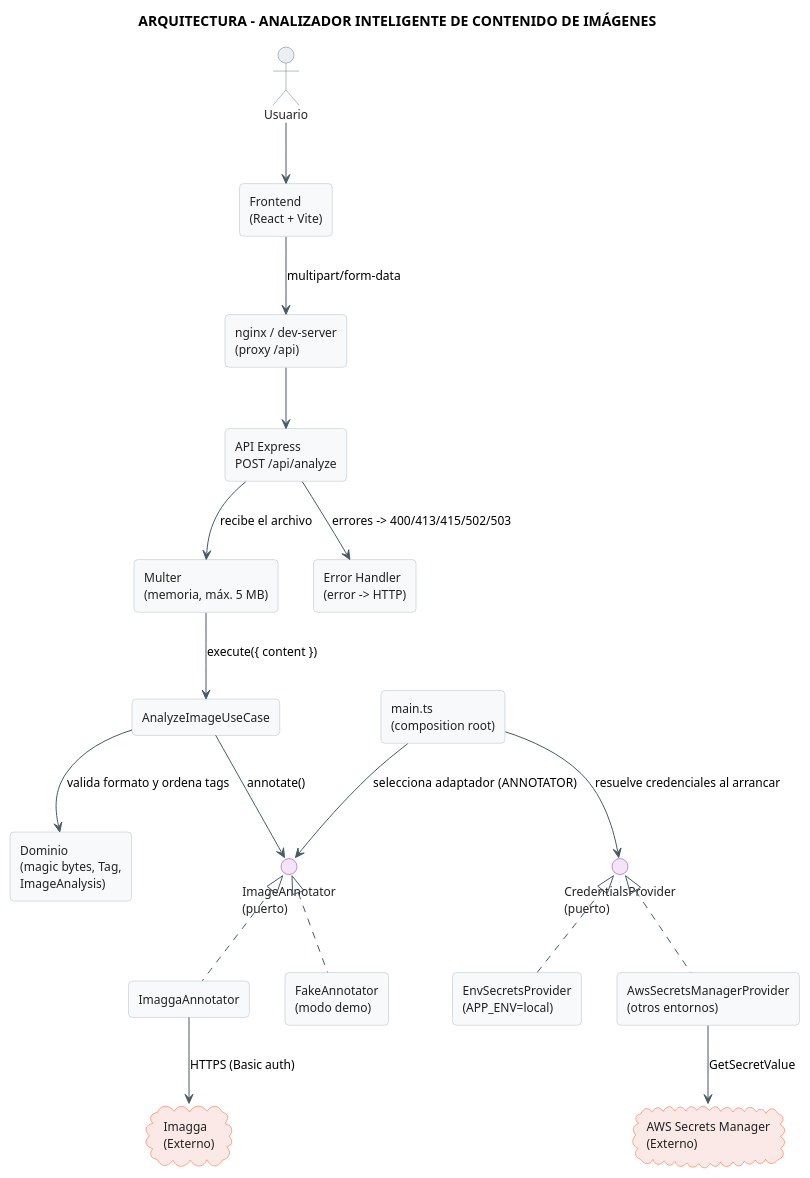
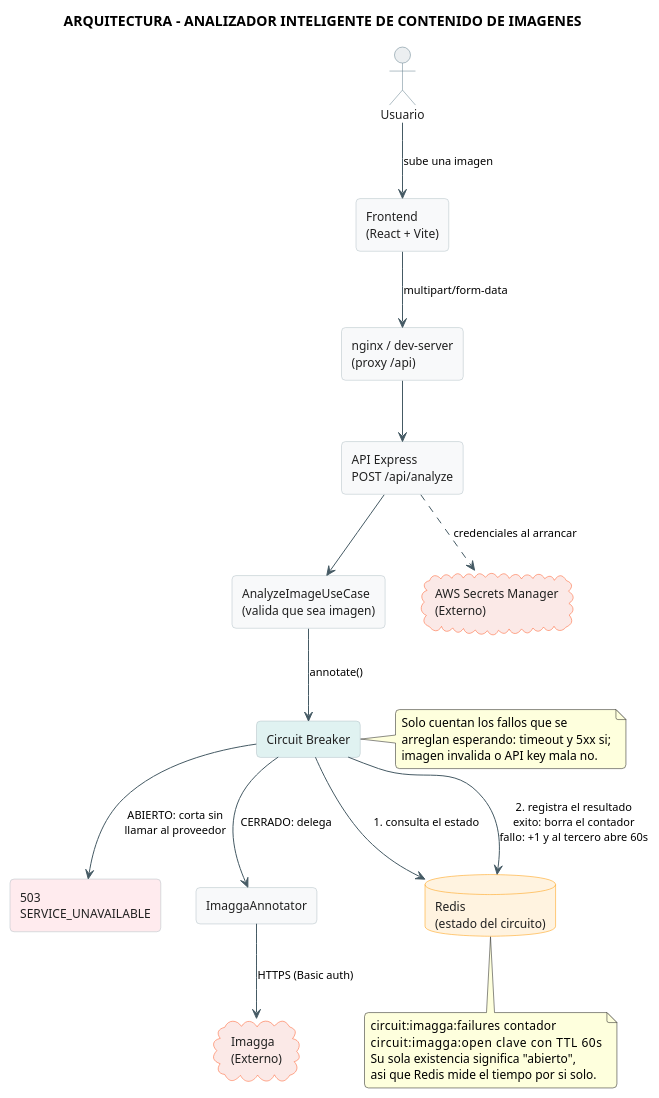
The diagram in docs/arquitectura.puml (victorBravo123/service-image-analyzer), drawn with PlantUML before and after one commit. The commit also changed 37 other files, not shown here.

```diff
--- a/docs/arquitectura.puml
+++ b/docs/arquitectura.puml
@@ -1,89 +1,77 @@
 @startuml arquitectura-analizador-imagenes
-title ARQUITECTURA - ANALIZADOR INTELIGENTE DE CONTENIDO DE IMÁGENES
+title ARQUITECTURA - ANALIZADOR INTELIGENTE DE CONTENIDO DE IMAGENES
 
-' Styling settings
 skinparam BackgroundColor #FFFFFF
 skinparam ArrowColor #455A64
 skinparam RoundCorner 8
 skinparam DefaultFontName "Segoe UI"
 skinparam DefaultFontSize 12
+skinparam ArrowFontSize 11
+skinparam Shadowing false
 
-' Color palette for nodes
 skinparam rectangle {
     BackgroundColor #F8F9FA
     BorderColor #B0BEC5
     FontColor #212121
 }
 
-skinparam interface {
-    BackgroundColor #F3E5F5
-    BorderColor #8E24AA
+skinparam database {
+    BackgroundColor #FFF3E0
+    BorderColor #FF9800
     FontColor #212121
 }
 
 skinparam cloud {
     BackgroundColor #FBE9E7
     BorderColor #FF5722
     FontColor #212121
 }
 
 skinparam actor {
     BackgroundColor #ECEFF1
     BorderColor #607D8B
     FontColor #212121
 }
 
-' Definition of nodes
-actor "Usuario" as actor_usuario
+actor "Usuario" as usuario
 
-' Frontend
 rectangle "Frontend\n(React + Vite)" as frontend
 rectangle "nginx / dev-server\n(proxy /api)" as proxy
+rectangle "API Express\nPOST /api/analyze" as api
+rectangle "AnalyzeImageUseCase\n(valida que sea imagen)" as use_case
+rectangle "Circuit Breaker" as breaker #E0F2F1
+rectangle "503\nSERVICE_UNAVAILABLE" as rechazo #FFEBEE
+rectangle "ImaggaAnnotator" as imagga
 
-' Backend - entrada HTTP
-rectangle "API Express\nPOST /api/analyze" as api
-rectangle "Multer\n(memoria, máx. 5 MB)" as multer
-rectangle "Error Handler\n(error -> HTTP)" as error_handler
+database "Redis\n(estado del circuito)" as redis
+cloud "Imagga\n(Externo)" as imagga_ext
+cloud "AWS Secrets Manager\n(Externo)" as aws
 
-' Backend - nucleo
-rectangle "main.ts\n(composition root)" as main
-rectangle "AnalyzeImageUseCase" as use_case
-rectangle "Dominio\n(magic bytes, Tag,\nImageAnalysis)" as dominio
-
-' Puerto de IA y sus adaptadores
-interface "ImageAnnotator\n(puerto)" as port_annotator
-rectangle "ImaggaAnnotator" as adapter_imagga
-rectangle "FakeAnnotator\n(modo demo)" as adapter_fake
-cloud "Imagga\n(Externo)" as imagga_ext
-
-' Puerto de credenciales y sus adaptadores
-interface "CredentialsProvider\n(puerto)" as port_creds
-rectangle "EnvSecretsProvider\n(APP_ENV=local)" as adapter_env
-rectangle "AwsSecretsManagerProvider\n(otros entornos)" as adapter_aws
-cloud "AWS Secrets Manager\n(Externo)" as aws_ext
-
-' Connections
-actor_usuario --> frontend
+usuario --> frontend : sube una imagen
 frontend --> proxy : multipart/form-data
 proxy --> api
+api --> use_case
+use_case --> breaker : annotate()
 
-api --> multer : recibe el archivo
-multer --> use_case : execute({ content })
-api --> error_handler : errores -> 400/413/415/502/503
+breaker --> redis : 1. consulta el estado
+breaker --> rechazo : ABIERTO: corta sin\nllamar al proveedor
+breaker --> imagga : CERRADO: delega
+imagga --> imagga_ext : HTTPS (Basic auth)
+breaker --> redis : 2. registra el resultado\nexito: borra el contador\nfallo: +1 y al tercero abre 60s
 
-use_case --> dominio : valida formato y ordena tags
-use_case --> port_annotator : annotate()
+api ..> aws : credenciales al arrancar
 
-' Adaptadores del puerto de IA
-port_annotator <|.. adapter_imagga
-port_annotator <|.. adapter_fake
-adapter_imagga --> imagga_ext : HTTPS (Basic auth)
+note bottom of redis
+  circuit:imagga:failures   contador
+  circuit:imagga:open       clave con TTL 60s
+  Su sola existencia significa "abierto",
+  asi que Redis mide el tiempo por si solo.
+end note
 
-' Composition root: cablea adaptadores y resuelve credenciales al arrancar
-main --> port_annotator : selecciona adaptador (ANNOTATOR)
-main --> port_creds : resuelve credenciales al arrancar
-port_creds <|.. adapter_env
-port_creds <|.. adapter_aws
-adapter_aws --> aws_ext : GetSecretValue
+note right of breaker
+  Solo cuentan los fallos que se
+  arreglan esperando: timeout y 5xx si;
+  imagen invalida o API key mala no.
+end note
 
 @enduml
```
